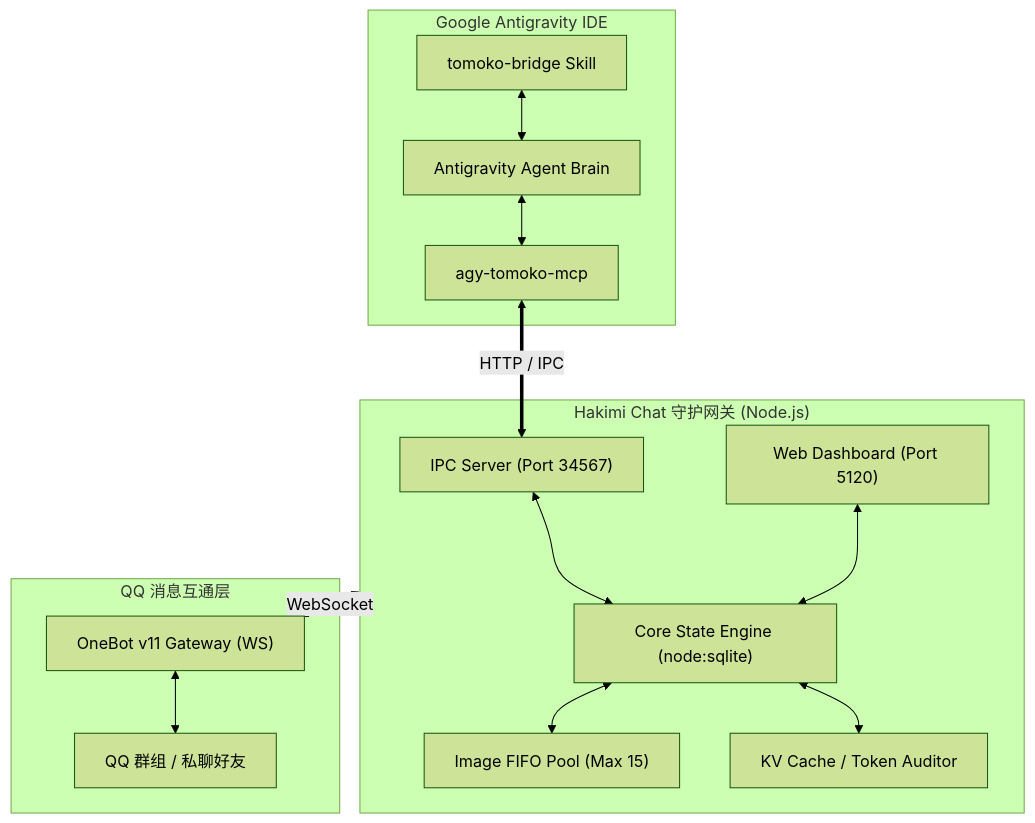
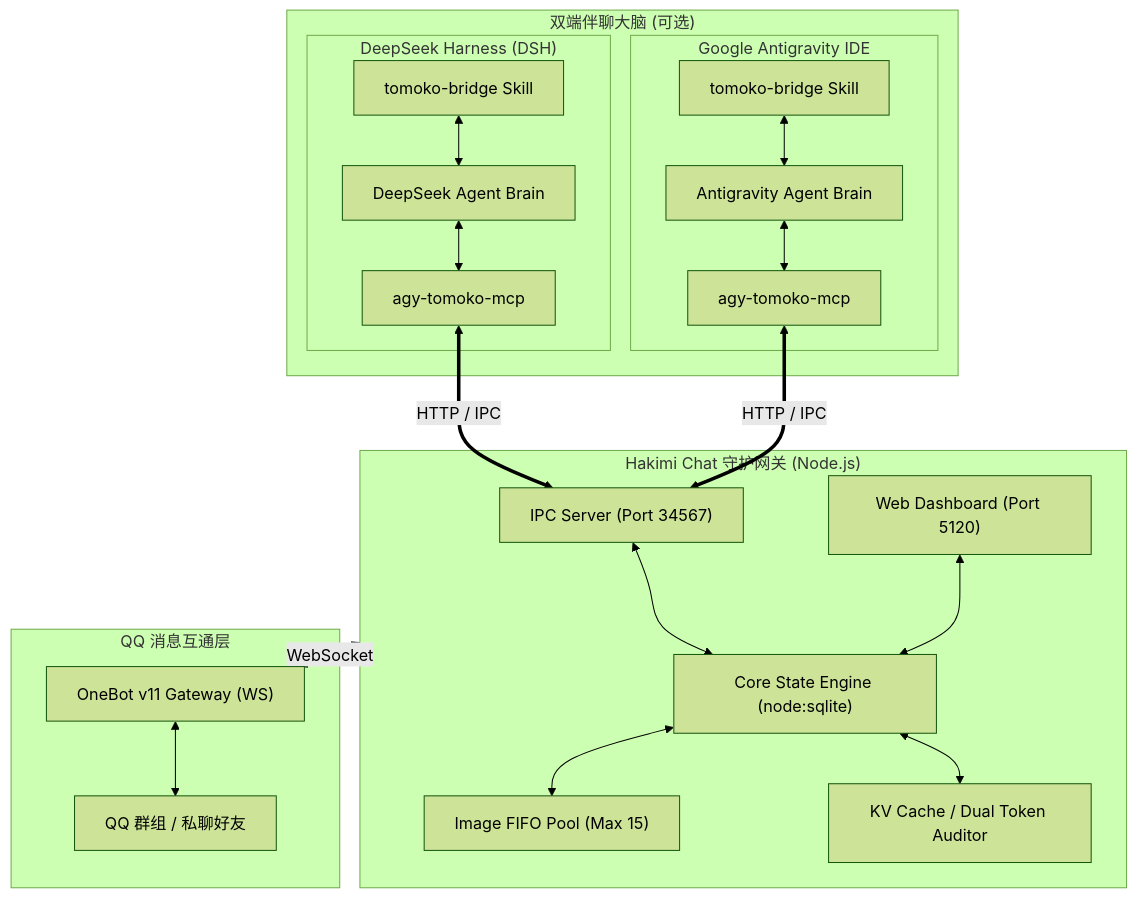
Before and after one commit to M-Crowe/hakimi-chat: the diagram in README.md, drawn with Mermaid (forest theme). The commit also changed other lines of this file and 14 other files, not shown here.

Commit message:
feat: add DeepSeek Harness (DSH) companion brain support and official token billing telemetry

````diff
--- a/README.md
+++ b/README.md
@@ -42,32 +43,42 @@
 ```mermaid
 flowchart TD
-    subgraph Antigravity ["Google Antigravity IDE"]
-        Skill["tomoko-bridge Skill"]
-        MCP["agy-tomoko-mcp"]
-        Agent["Antigravity Agent Brain"]
-        Skill <--> Agent
-        Agent <--> MCP
+    subgraph Brains ["双端伴聊大脑 (可选)"]
+        subgraph Antigravity ["Google Antigravity IDE"]
+            Skill["tomoko-bridge Skill"]
+            MCPAgy["agy-tomoko-mcp"]
+            AgentAgy["Antigravity Agent Brain"]
+            Skill <--> AgentAgy
+            AgentAgy <--> MCPAgy
+        end
+        subgraph DSH ["DeepSeek Harness (DSH)"]
+            Preset["tomoko-bridge Skill"]
+            MCPDsh["agy-tomoko-mcp"]
+            AgentDsh["DeepSeek Agent Brain"]
+            Preset <--> AgentDsh
+            AgentDsh <--> MCPDsh
+        end
     end
 
     subgraph HakimiCore ["Hakimi Chat 守护网关 (Node.js)"]
         IPC["IPC Server (Port 34567)"]
         WebUI["Web Dashboard (Port 5120)"]
         Engine["Core State Engine (node:sqlite)"]
-        Cache["KV Cache / Token Auditor"]
+        Cache["KV Cache / Dual Token Auditor"]
         Visual["Image FIFO Pool (Max 15)"]
         
         IPC <--> Engine
         WebUI <--> Engine
         Engine <--> Cache
         Engine <--> Visual
     end
 
     subgraph QQNetwork ["QQ 消息互通层"]
         OneBot["OneBot v11 Gateway (WS)"]
         QQUsers["QQ 群组 / 私聊好友"]
         OneBot <--> QQUsers
     end
 
-    MCP <==>|"HTTP / IPC"| IPC
+    MCPAgy <==>|"HTTP / IPC"| IPC
+    MCPDsh <==>|"HTTP / IPC"| IPC
     HakimiCore <==>|"WebSocket"| OneBot
 ```
````
